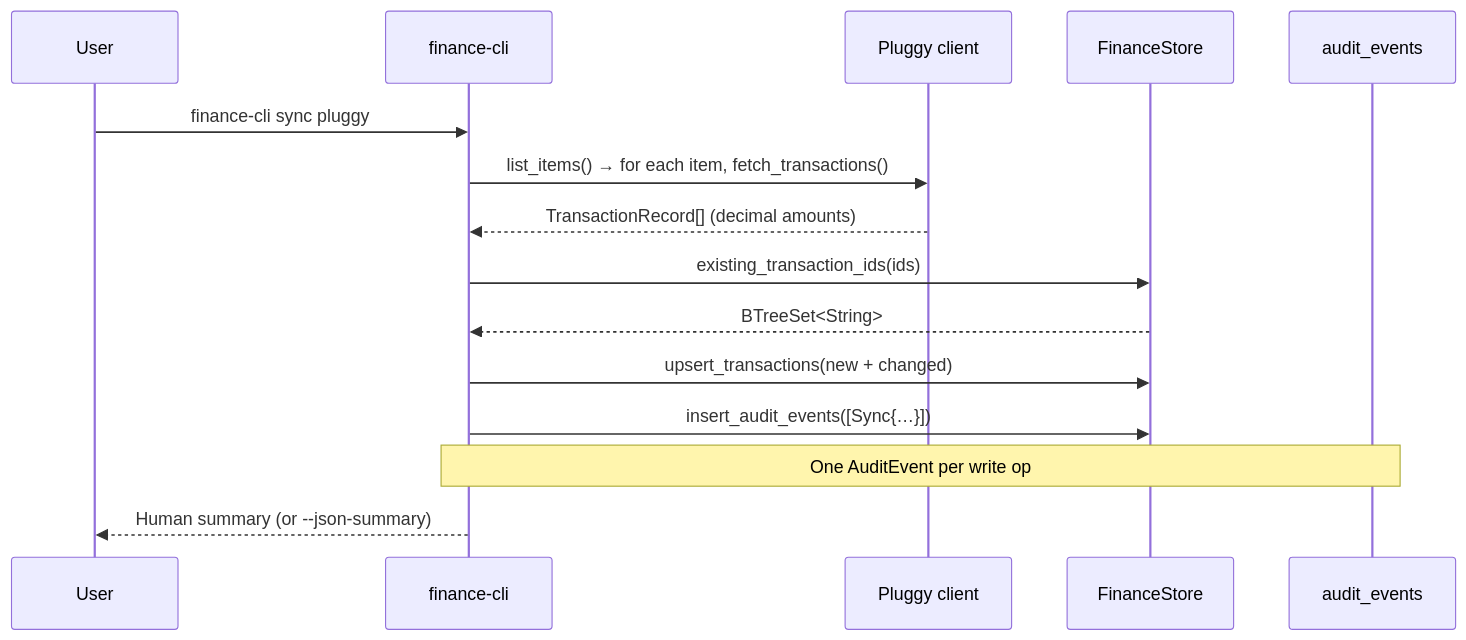
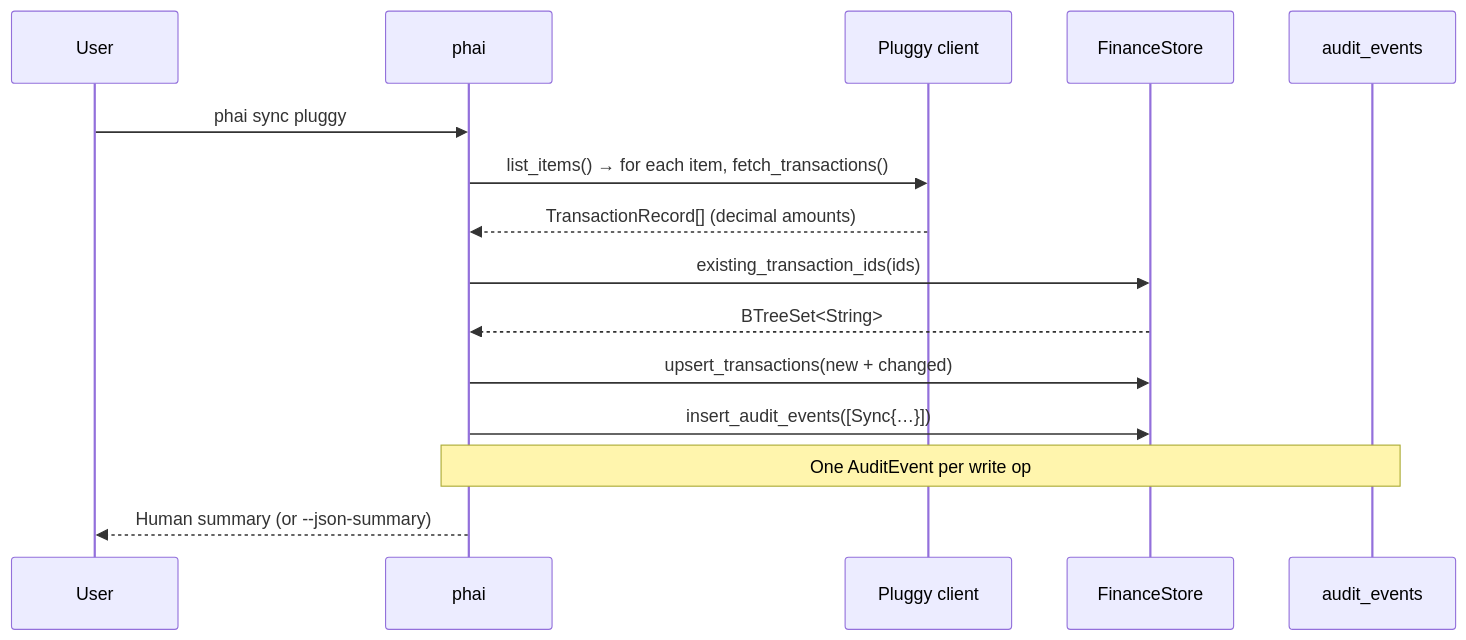
Before and after one commit to phai-run/phai: the second of 3 diagrams in docs/ARCHITECTURE.md, drawn with Mermaid. The commit also changed other lines of this file and 29 other files, not shown here.

````diff
--- a/docs/ARCHITECTURE.md
+++ b/docs/ARCHITECTURE.md
@@ -142,18 +142,18 @@
 ```mermaid
 sequenceDiagram
     participant U as User
-    participant CLI as finance-cli
+    participant CLI as phai
     participant P as Pluggy client
     participant S as FinanceStore
     participant A as audit_events
 
-    U->>CLI: finance-cli sync pluggy
+    U->>CLI: phai sync pluggy
     CLI->>P: list_items() → for each item, fetch_transactions()
     P-->>CLI: TransactionRecord[] (decimal amounts)
     CLI->>S: existing_transaction_ids(ids)
     S-->>CLI: BTreeSet<String>
     CLI->>S: upsert_transactions(new + changed)
     CLI->>S: insert_audit_events([Sync{…}])
     Note over CLI,A: One AuditEvent per write op
     CLI-->>U: Human summary (or --json-summary)
 ```
````
